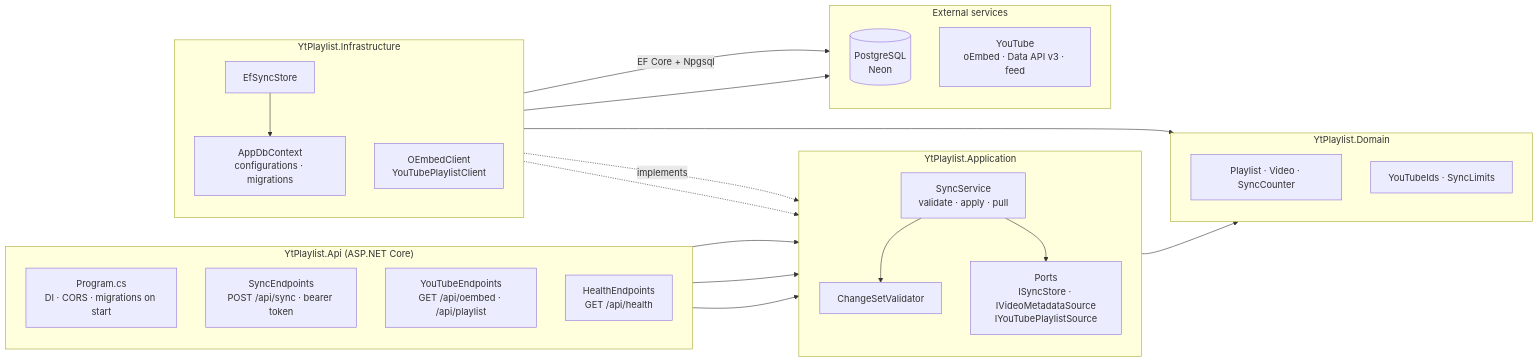
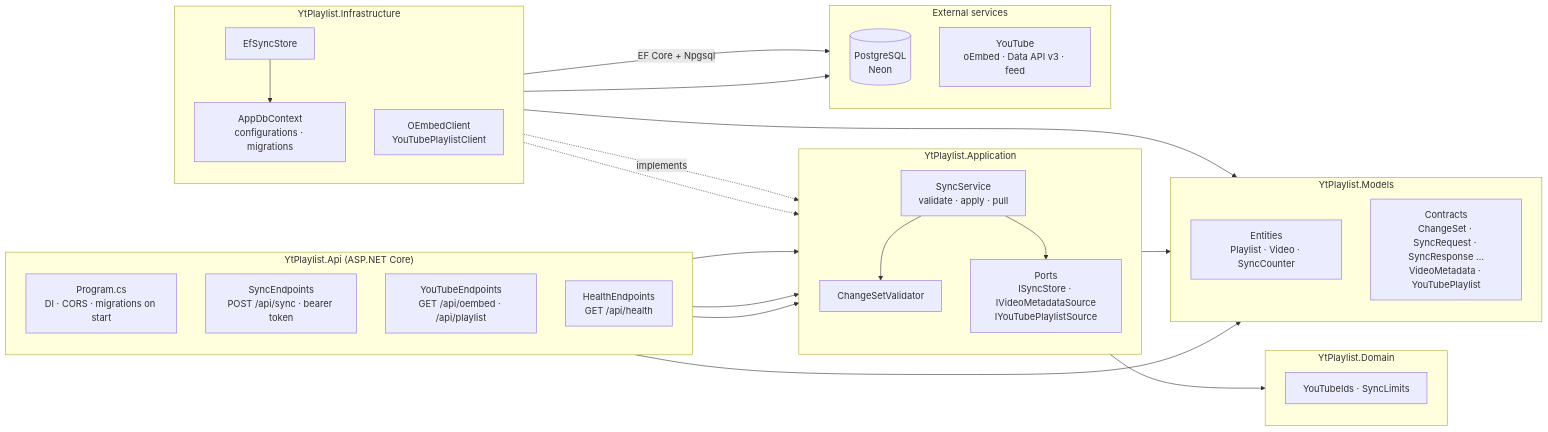
The second of 3 diagrams in docs/architecture.md (jestra52/yt-playlist-manager), drawn with Mermaid before and after one commit. The commit also changed other lines of this file and 38 other files, not shown here.

First line of the commit message:
API: move entities and contracts into YtPlaylist.Models

````diff
--- a/docs/architecture.md
+++ b/docs/architecture.md
@@ -76,49 +76,55 @@
 ```mermaid
 flowchart LR
     subgraph apiProject["YtPlaylist.Api (ASP.NET Core)"]
         direction TB
         program["Program.cs<br/>DI · CORS · migrations on start"]
         syncEp["SyncEndpoints<br/>POST /api/sync · bearer token"]
         ytEp["YouTubeEndpoints<br/>GET /api/oembed · /api/playlist"]
         healthEp["HealthEndpoints<br/>GET /api/health"]
     end
 
     subgraph application["YtPlaylist.Application"]
         direction TB
         syncSvc["SyncService<br/>validate · apply · pull"]
         validator["ChangeSetValidator"]
         ports["Ports<br/>ISyncStore · IVideoMetadataSource<br/>IYouTubePlaylistSource"]
     end
 
     subgraph domain["YtPlaylist.Domain"]
         direction TB
-        entities["Playlist · Video · SyncCounter"]
         rules["YouTubeIds · SyncLimits"]
+    end
+
+    subgraph models["YtPlaylist.Models"]
+        direction TB
+        entities["Entities<br/>Playlist · Video · SyncCounter"]
+        contracts["Contracts<br/>ChangeSet · SyncRequest · SyncResponse …<br/>VideoMetadata · YouTubePlaylist"]
     end
 
     subgraph infrastructure["YtPlaylist.Infrastructure"]
         direction TB
         store["EfSyncStore"]
         dbContext["AppDbContext<br/>configurations · migrations"]
         clients["OEmbedClient<br/>YouTubePlaylistClient"]
         store --> dbContext
     end
 
     syncEp --> syncSvc
     syncSvc --> validator & ports
     ytEp --> ports
     healthEp --> syncSvc
     store -. "implements" .-> ports
     clients -.-> ports
     validator --> rules
     dbContext --> entities
+    syncEp & ports --> contracts
 
     subgraph external["External services"]
         direction TB
         postgres[("PostgreSQL<br/>Neon")]
         yt["YouTube<br/>oEmbed · Data API v3 · feed"]
     end
 
     dbContext -- "EF Core + Npgsql" --> postgres
     clients --> yt
 ```
````
